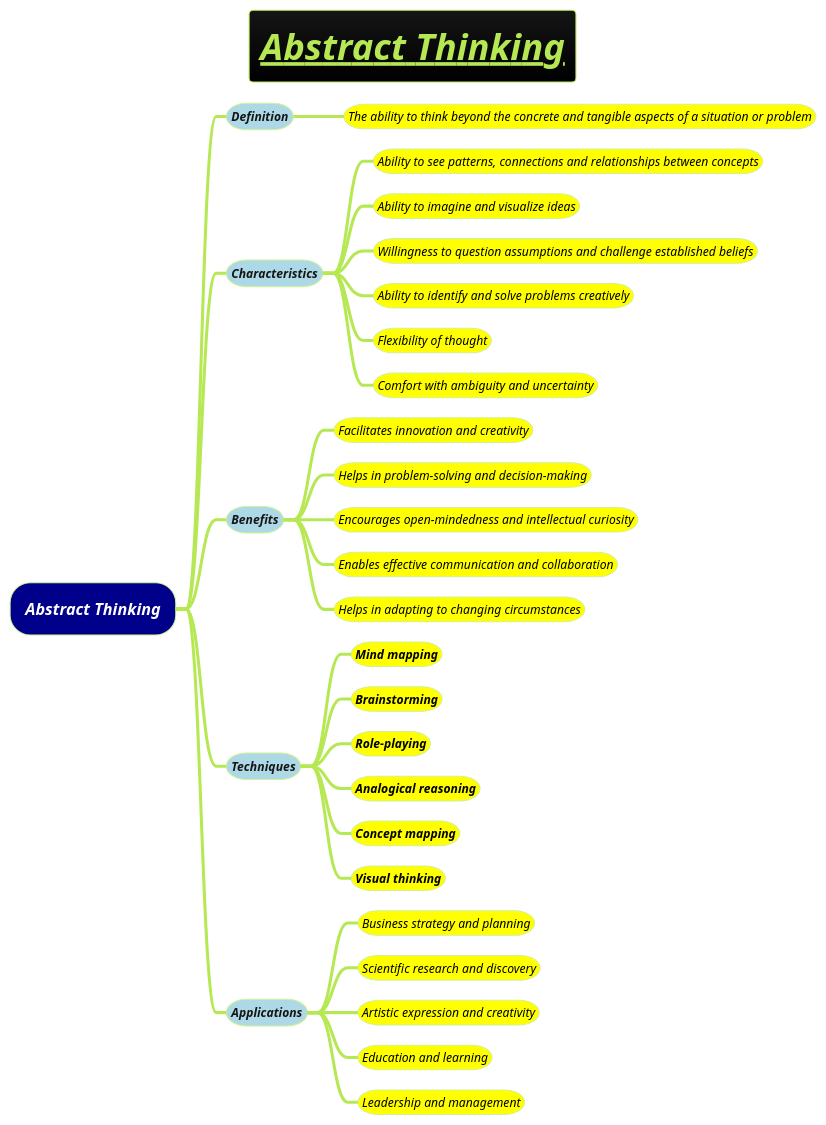
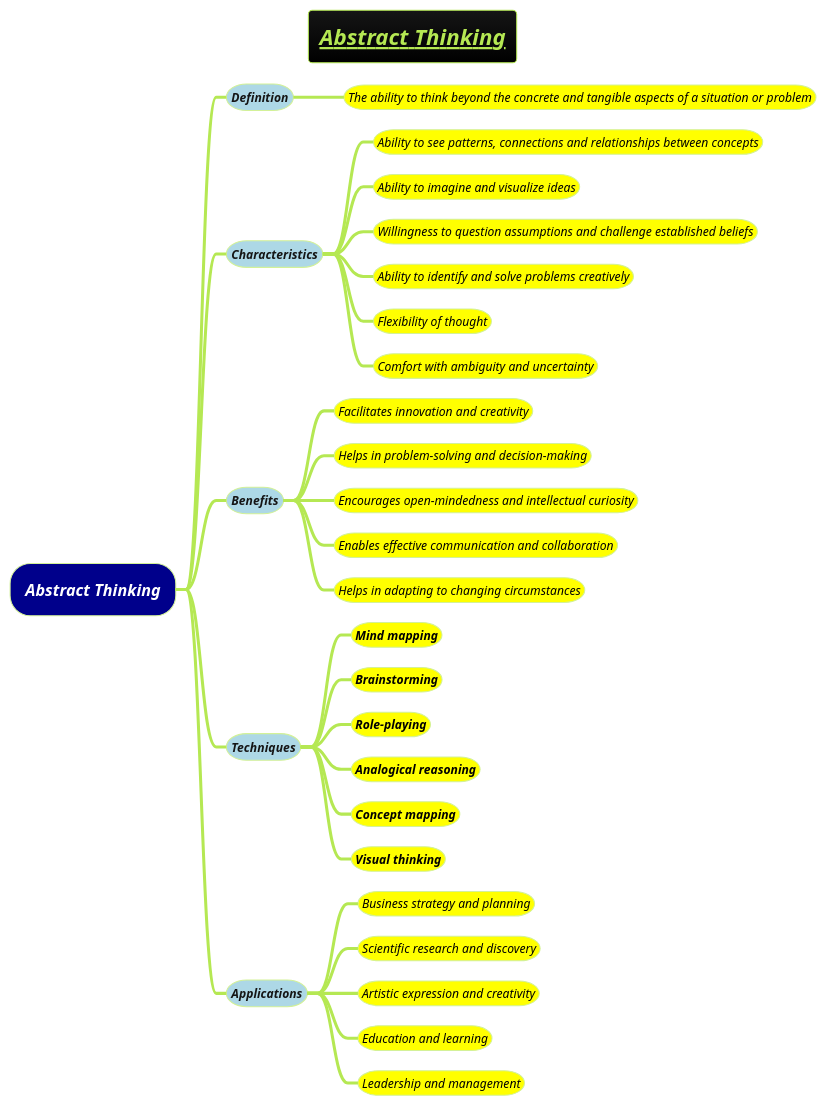
The diagram in docs/1-Requirement-Engineering/Abstract-Thinking.puml (MehmoodHashmi/Documentation-as-Code-DaC), drawn with PlantUML before and after one commit. The commit also changed 1 other file, not shown here.

```diff
--- a/docs/1-Requirement-Engineering/Abstract-Thinking.puml
+++ b/docs/1-Requirement-Engineering/Abstract-Thinking.puml
@@ -1,34 +1,34 @@
 @startmindmap
-title =<i><b><u>Abstract Thinking
+title =<i><b><u><size:18>Abstract Thinking
 !theme hacker
 
 *[#darkblue] <i><color #white>Abstract Thinking
 **[#lightblue] <i><color #blac><size:12>Definition
 ***[#yellow] <i><color #black><size:12>The ability to think beyond the concrete and tangible aspects of a situation or problem
 **[#lightblue] <i><color #blac><size:12>Characteristics
 ***[#yellow] <i><color #black><size:12>Ability to see patterns, connections and relationships between concepts
 ***[#yellow] <i><color #black><size:12>Ability to imagine and visualize ideas
 ***[#yellow] <i><color #black><size:12>Willingness to question assumptions and challenge established beliefs
 ***[#yellow] <i><color #black><size:12>Ability to identify and solve problems creatively
 ***[#yellow] <i><color #black><size:12>Flexibility of thought
 ***[#yellow] <i><color #black><size:12>Comfort with ambiguity and uncertainty
 **[#lightblue] <i><color #blac><size:12>Benefits
 ***[#yellow] <i><color #black><size:12>Facilitates innovation and creativity
 ***[#yellow] <i><color #black><size:12>Helps in problem-solving and decision-making
 ***[#yellow] <i><color #black><size:12>Encourages open-mindedness and intellectual curiosity
 ***[#yellow] <i><color #black><size:12>Enables effective communication and collaboration
 ***[#yellow] <i><color #black><size:12>Helps in adapting to changing circumstances
 **[#lightblue] <i><color #blac><size:12>Techniques
 ***[#yellow] <i><color #black><size:12><b>Mind mapping
 ***[#yellow] <i><color #black><size:12><b>Brainstorming
 ***[#yellow] <i><color #black><size:12><b>Role-playing
 ***[#yellow] <i><color #black><size:12><b>Analogical reasoning
 ***[#yellow] <i><color #black><size:12><b>Concept mapping
 ***[#yellow] <i><color #black><size:12><b>Visual thinking
 **[#lightblue] <i><color #blac><size:12>Applications
 ***[#yellow] <i><color #black><size:12>Business strategy and planning
 ***[#yellow] <i><color #black><size:12>Scientific research and discovery
 ***[#yellow] <i><color #black><size:12>Artistic expression and creativity
 ***[#yellow] <i><color #black><size:12>Education and learning
 ***[#yellow] <i><color #black><size:12>Leadership and management
 @endmindmap
```
